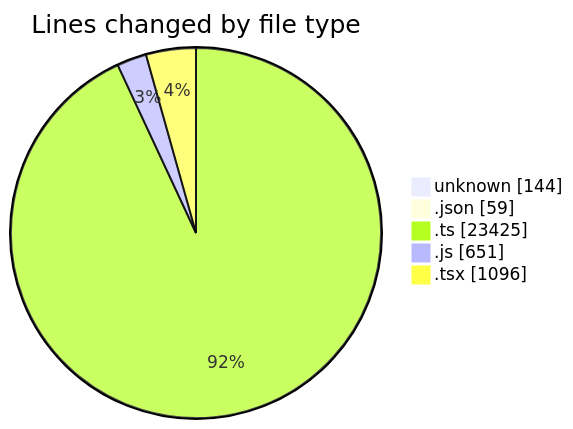
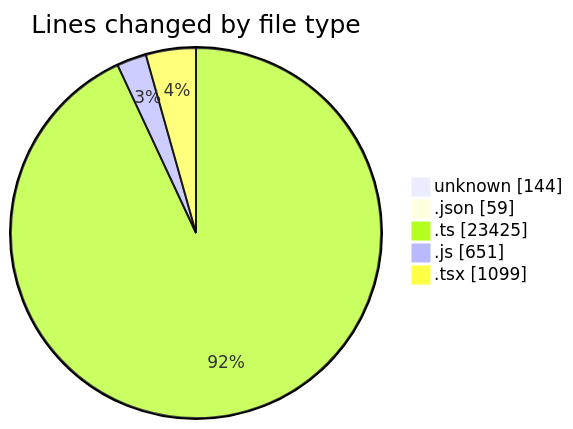
Before and after one commit to momahboobian/code-tracking: the first of 2 diagrams in 2025-11-13/cda/README.md, drawn with Mermaid. The commit also changed other lines of this file and 1 other file, not shown here.

````diff
--- a/2025-11-13/cda/README.md
+++ b/2025-11-13/cda/README.md
@@ -31,9 +31,9 @@
 ```mermaid
 pie showData
 title Lines changed by file type
 "unknown" : 144
 ".json" : 59
 ".ts" : 23425
 ".js" : 651
-".tsx" : 1096
+".tsx" : 1099
 ```
````
